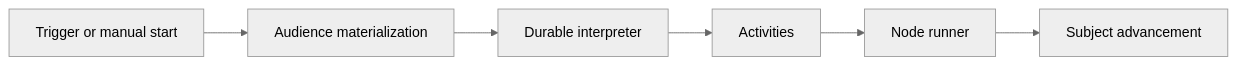
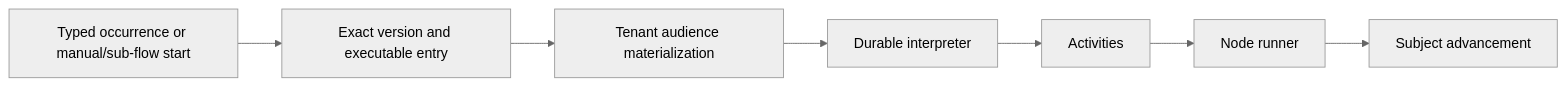
The third of 3 diagrams in docs/gitbook/contributing/architecture.md (mikelmao/laravel-nodeflow), drawn with Mermaid (neutral theme) before and after one commit. The commit also changed other lines of this file and 34 other files, not shown here.

````diff
--- a/docs/gitbook/contributing/architecture.md
+++ b/docs/gitbook/contributing/architecture.md
@@ -52,8 +54,9 @@
 ```mermaid
 flowchart LR
-    T[Trigger or manual start] --> A[Audience materialization]
-    A --> D[Durable interpreter]
+    T[Typed occurrence or manual/sub-flow start] --> A[Exact version and executable entry]
+    A --> M[Tenant audience materialization]
+    M --> D[Durable interpreter]
     D --> X[Activities]
     X --> N[Node runner]
     N --> S[Subject advancement]
 ```
````
